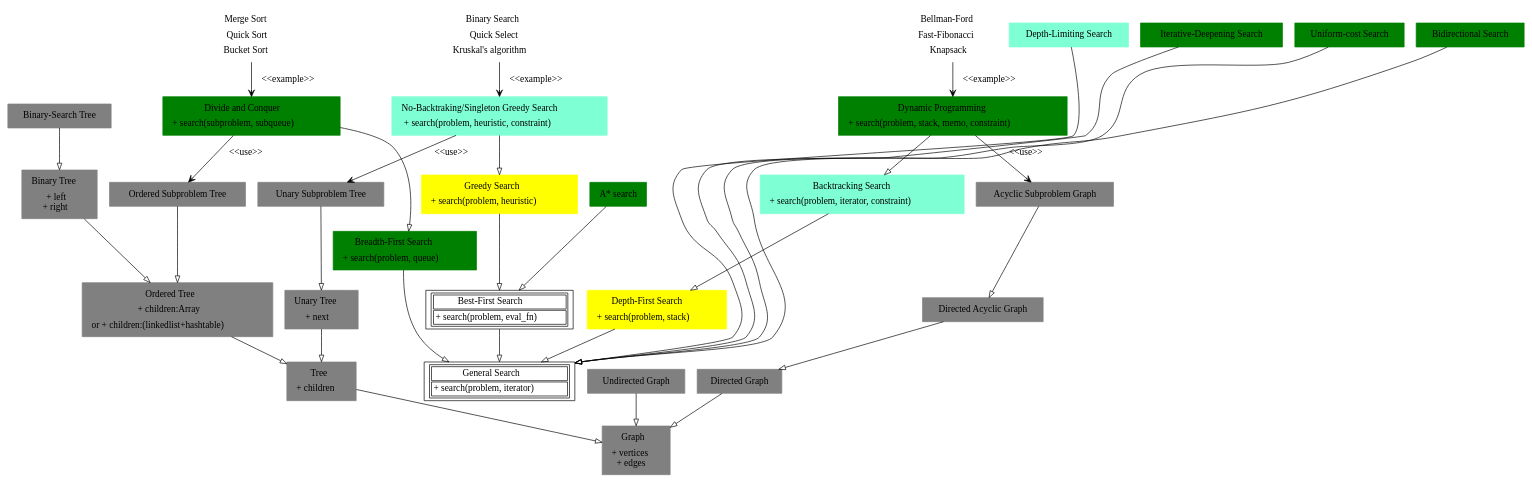
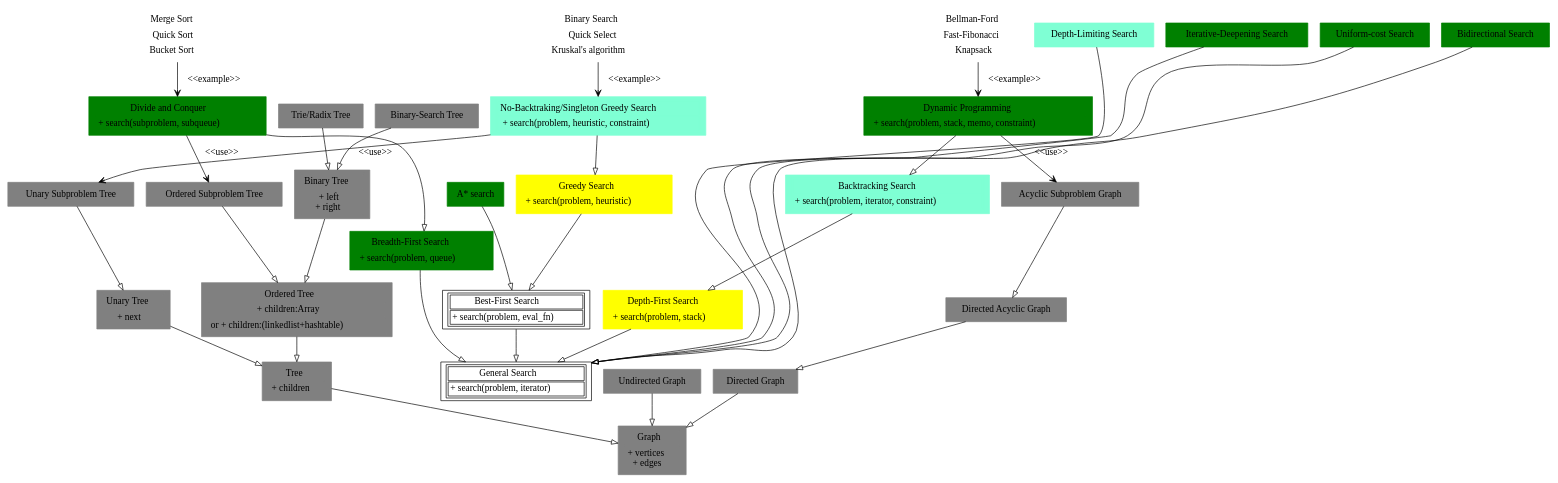
Before and after one commit to kamanashisroy/algosnippet: the diagram in mindmap/mindmap.dot, drawn with Graphviz. The commit also changed 6 other files, not shown here.

```diff
--- a/mindmap/mindmap.dot
+++ b/mindmap/mindmap.dot
@@ -1,163 +1,166 @@
 digraph G {
         fontname = "Bitstream Vera Sans"
         fontsize = 8
 	node [
 		shape = "record"
 	]
 
 	edge [
                 arrowhead = "empty"
         ]
 
 	aGraph [
 		label = <<table><tr><td>Graph</td></tr><tr><td>+ vertices<br/>+ edges</td></tr></table>>
 		color = "grey" style = "filled"
 	]
 
 	Tree [
 		label = <<table><tr><td>Tree</td></tr><tr><td>+ children</td></tr></table>>
 		color = "grey" style = "filled"
 	]
 	Tree -> aGraph
 
 	OrderedTree [
 		label = <<table><tr><td>Ordered Tree</td></tr><tr><td>+ children:Array</td></tr><tr><td>or + children:(linkedlist+hashtable)</td></tr></table>>
 		color = "grey" style = "filled"
 	]
 	OrderedTree -> Tree
 
 	BinarySearchTree [ label = "Binary-Search Tree" color = "grey" style = "filled"]
 	BinarySearchTree -> BinaryTree
 	
+	RadixTree [ label = "Trie/Radix Tree" color = "grey" style = "filled"]
+	RadixTree -> BinaryTree
+
 	UnaryTree [
 		label = <<table><tr><td>Unary Tree</td></tr><tr><td>+ next</td></tr></table>>
 		color = "grey" style = "filled"
 	]
 	UnaryTree -> Tree
 
 	UnarySubproblemTree [ label = "Unary Subproblem Tree" color = "grey" style = "filled"]
 	UnarySubproblemTree -> UnaryTree
 
 	BinaryTree [
 		label = <<table><tr><td>Binary Tree</td></tr><tr><td>+ left<br/>+ right</td></tr></table>>
 		color = "grey" style = "filled"
 	]
 	BinaryTree -> OrderedTree
 
 	OrderedSubproblemTree [ label = "Ordered Subproblem Tree" color = "grey" style = "filled"]
 	OrderedSubproblemTree -> OrderedTree
 
 	DirectedGraph [label = "Directed Graph" color = "grey" style = "filled"]
 	DirectedGraph -> aGraph
 
 	UnDirectedGraph [label = "Undirected Graph" color = "grey" style = "filled"]
 	UnDirectedGraph -> aGraph
 
 	DAG [label = "Directed Acyclic Graph" color = "grey" style = "filled"]
 	DAG -> DirectedGraph
 
 	AcyclicSubProblemGraph [label = "Acyclic Subproblem Graph" color = "grey" style = "filled"]
 	AcyclicSubProblemGraph -> DAG
 
 
 	GeneralSearch [
 		label = <<table><tr><td>General Search</td></tr><tr><td>+ search(problem, iterator)</td></tr></table>>
 	]
 
 	BreadthFirstSearch [
 		label = <<table><tr><td>Breadth-First Search</td></tr><tr><td>+ search(problem, queue)</td></tr></table>>
 		color=green
 		style="filled"
 	]
 	BreadthFirstSearch -> GeneralSearch
 
 	DivideAndConquer [
 		label = <<table><tr><td>Divide and Conquer</td></tr><tr><td>+ search(subproblem, subqueue)</td></tr></table>>
 		color=green
 		style="filled"
 	]
 	DivideAndConquer -> BreadthFirstSearch
 	DivideAndConquer -> OrderedSubproblemTree [arrowhead = "open" shape="dashed" label="<<use>>"]
 
 	DivideAndConquerNote [
 		label = <<table><tr><td>Merge Sort</td></tr><tr><td>Quick Sort</td></tr><tr><td>Bucket Sort</td></tr></table>>
 		color=white
 		style="filled"
 	]
 	DivideAndConquerNote -> DivideAndConquer [arrowhead = "open" shape="dashed" label="<<example>>"]
 
 	DepthFirstSearch [
 		label = <<table><tr><td>Depth-First Search</td></tr><tr><td>+ search(problem, stack)</td></tr></table>>
 		color=yellow
 		style="filled"
 	]
 	DepthFirstSearch -> GeneralSearch
 
 	BacktrackingSearch [
 		label = <<table><tr><td>Backtracking Search</td></tr><tr><td>+ search(problem, iterator, constraint)</td></tr></table>>
 		color=aquamarine
 		style="filled"
 	]
 	BacktrackingSearch-> DepthFirstSearch
 
 	DynamicProgramming [
 		label = <<table><tr><td>Dynamic Programming</td></tr><tr><td>+ search(problem, stack, memo, constraint)</td></tr></table>>
 		color="green"
 		style="filled"
 	]
 	DynamicProgramming -> BacktrackingSearch
 	DynamicProgramming -> AcyclicSubProblemGraph [arrowhead = "open" shape="dashed" label="<<use>>"]
 
 	DynamicProgrammingNote [
 		label = <<table><tr><td>Bellman-Ford</td></tr><tr><td>Fast-Fibonacci</td></tr><tr><td>Knapsack</td></tr></table>>
 		color=white
 		style="filled"
 	]
 	DynamicProgrammingNote -> DynamicProgramming [arrowhead = "open" shape="dashed" label="<<example>>"]
 
 	DepthLimitingSearch [ label = "Depth-Limiting Search" color=aquamarine style="filled" ]
 	DepthLimitingSearch -> GeneralSearch [constraint = "false"]
 
 	IterativeDeepeningSearch [ label = "Iterative-Deepening Search" color=green style="filled" ]
 	IterativeDeepeningSearch -> GeneralSearch [constraint = "false"]
 
 	UniformCostSearch [ label = "Uniform-cost Search" color=green style="filled" ]
 	UniformCostSearch -> GeneralSearch [constraint = "false"]
 
 	BidirectionalSearch [ label = "Bidirectional Search" color=green style="filled" ]
 	BidirectionalSearch -> GeneralSearch [constraint = "false"]
 
 	BestFirstSearch [
 		label = <<table><tr><td>Best-First Search</td></tr><tr><td>+ search(problem, eval_fn)</td></tr></table>>
 	]
 	BestFirstSearch -> GeneralSearch
 
 	GreedySearch [
 		label = <<table><tr><td>Greedy Search</td></tr><tr><td>+ search(problem, heuristic)</td></tr></table>>
 		color = yellow
 		style="filled"
 	]
 	GreedySearch -> BestFirstSearch
 
 	SingletonGreedySearch [
 		label = <<table><tr><td>No-Backtraking/Singleton Greedy Search</td></tr><tr><td>+ search(problem, heuristic, constraint)</td></tr></table>>
 		color=aquamarine
 		style="filled"
 	]
 	SingletonGreedySearch -> GreedySearch
 	SingletonGreedySearch -> UnarySubproblemTree [arrowhead = "open" constraint="false" shape="dashed" label="<<use>>"]
 
 	SingletonGreedySearchNote [
 		label = <<table><tr><td>Binary Search</td></tr><tr><td>Quick Select</td></tr><tr><td>Kruskal's algorithm</td></tr></table>>
 		color=white
 		style="filled"
 	]
 	SingletonGreedySearchNote -> SingletonGreedySearch [arrowhead = "open" shape="dashed" label="<<example>>"]
 
 	AStarSearch [
 		label = "A* search"
 		color = green
 		style="filled"
 	]
 	AStarSearch -> BestFirstSearch
 }
```
